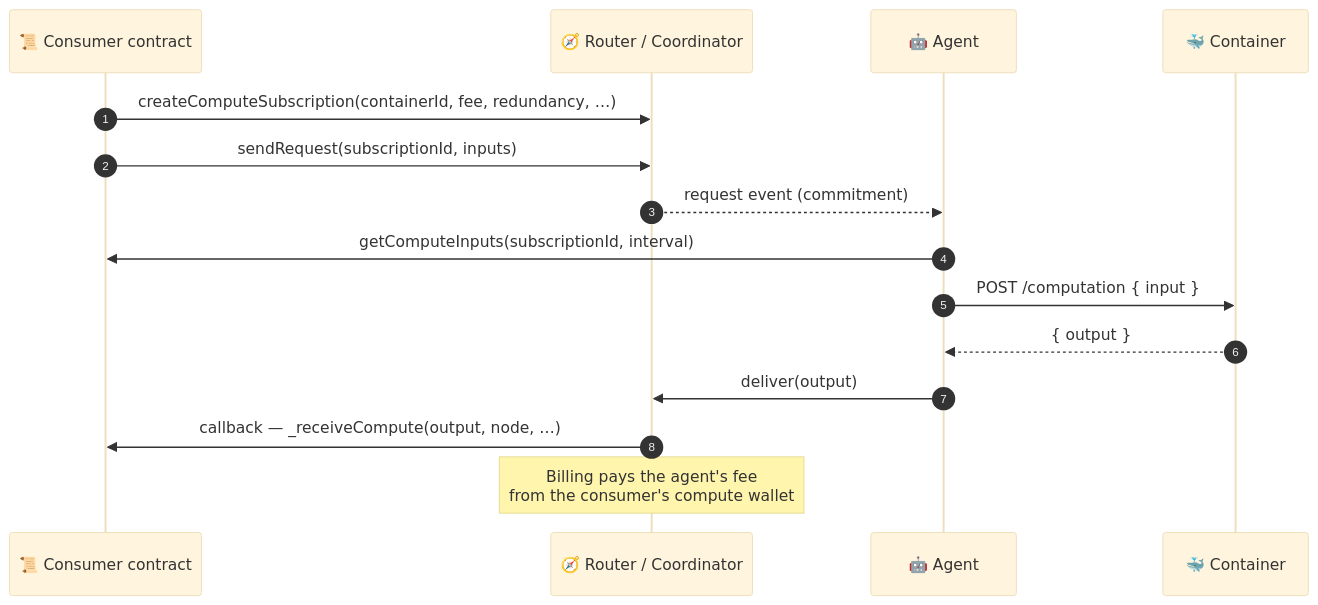
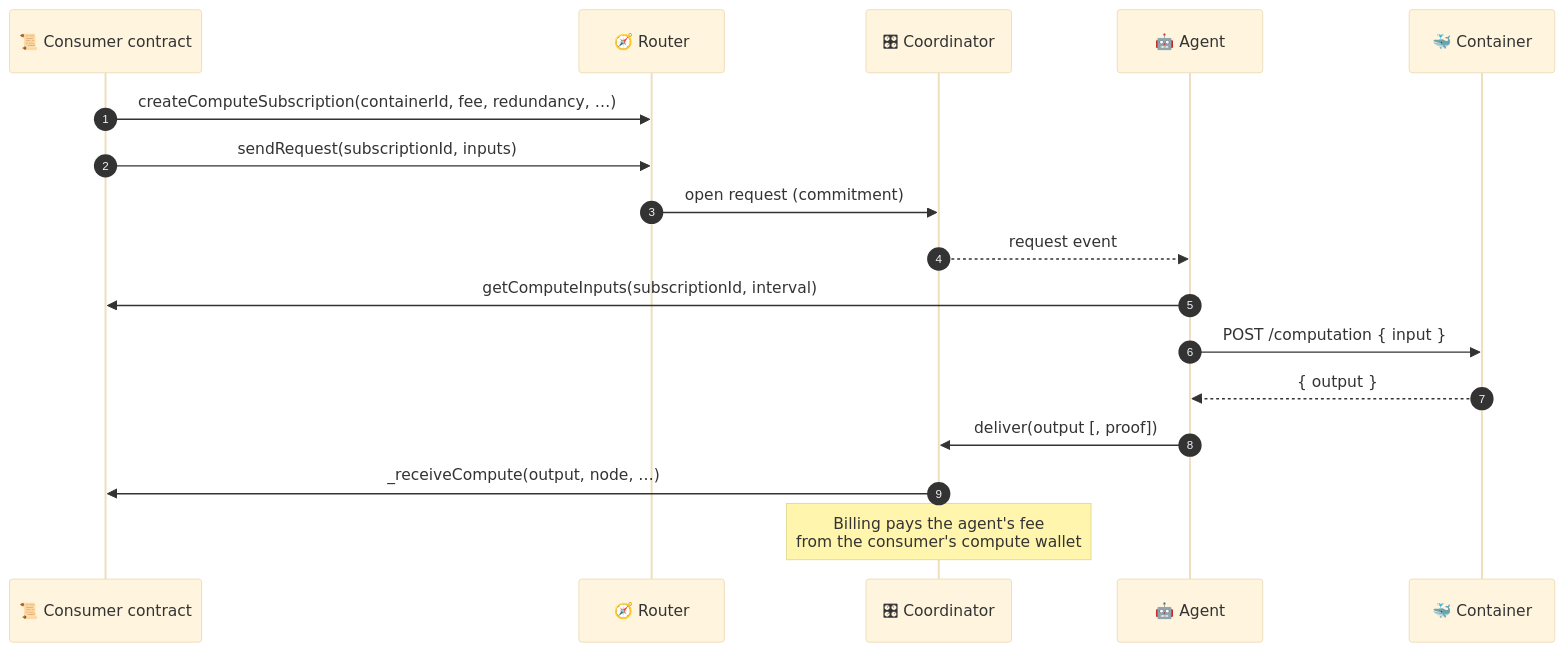
The diagram in noosphere/how-it-works.md (hpp-io/docs), drawn with Mermaid (base theme) before and after one commit. The commit also changed other lines of this file and 9 other files, not shown here.

````diff
--- a/noosphere/how-it-works.md
+++ b/noosphere/how-it-works.md
@@ -31,17 +34,19 @@
 ```mermaid
 sequenceDiagram
     autonumber
     participant C as 📜 Consumer contract
-    participant R as 🧭 Router / Coordinator
+    participant R as 🧭 Router
+    participant K as 🎛 Coordinator
     participant A as 🤖 Agent
     participant D as 🐳 Container
     C->>R: createComputeSubscription(containerId, fee, redundancy, …)
     C->>R: sendRequest(subscriptionId, inputs)
-    R-->>A: request event (commitment)
+    R->>K: open request (commitment)
+    K-->>A: request event
     A->>C: getComputeInputs(subscriptionId, interval)
     A->>D: POST /computation { input }
     D-->>A: { output }
-    A->>R: deliver(output)
-    R->>C: callback — _receiveCompute(output, node, …)
-    Note over R: Billing pays the agent's fee<br/>from the consumer's compute wallet
+    A->>K: deliver(output [, proof])
+    K->>C: _receiveCompute(output, node, …)
+    Note over K: Billing pays the agent's fee<br/>from the consumer's compute wallet
 ```
````
